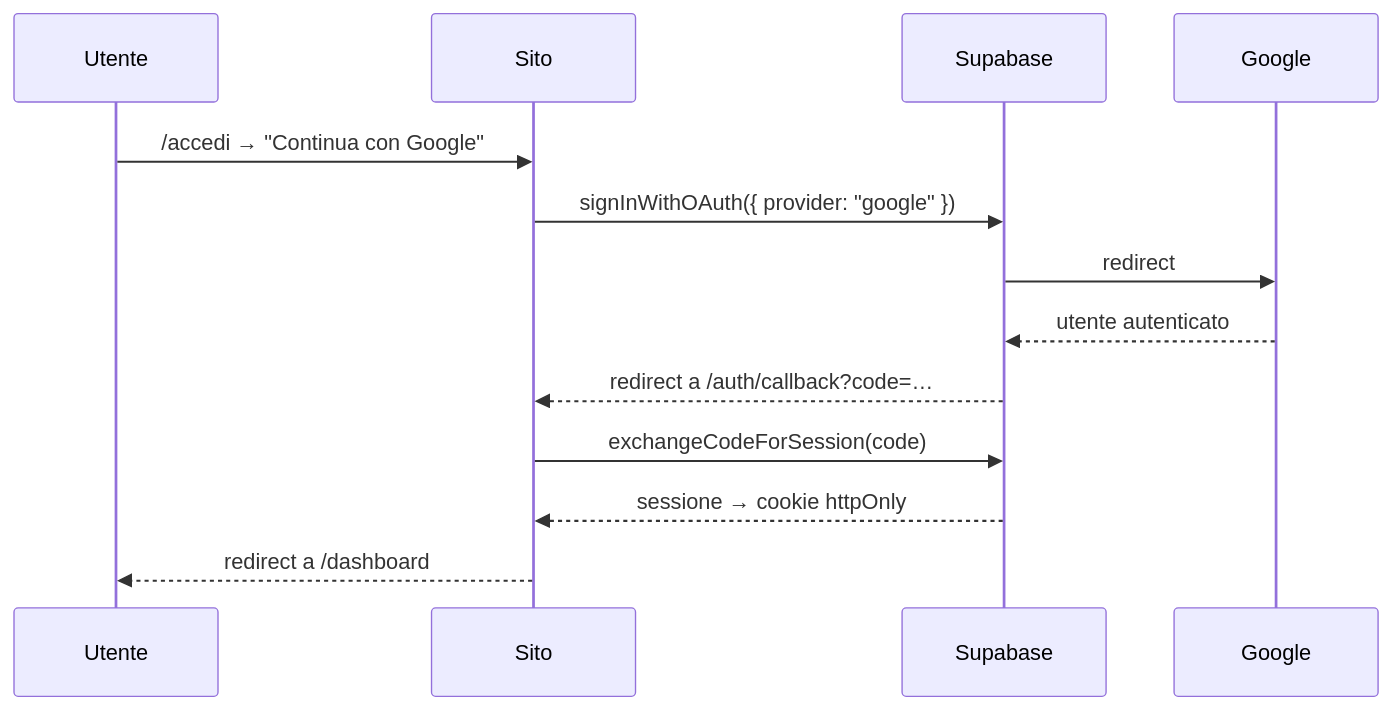
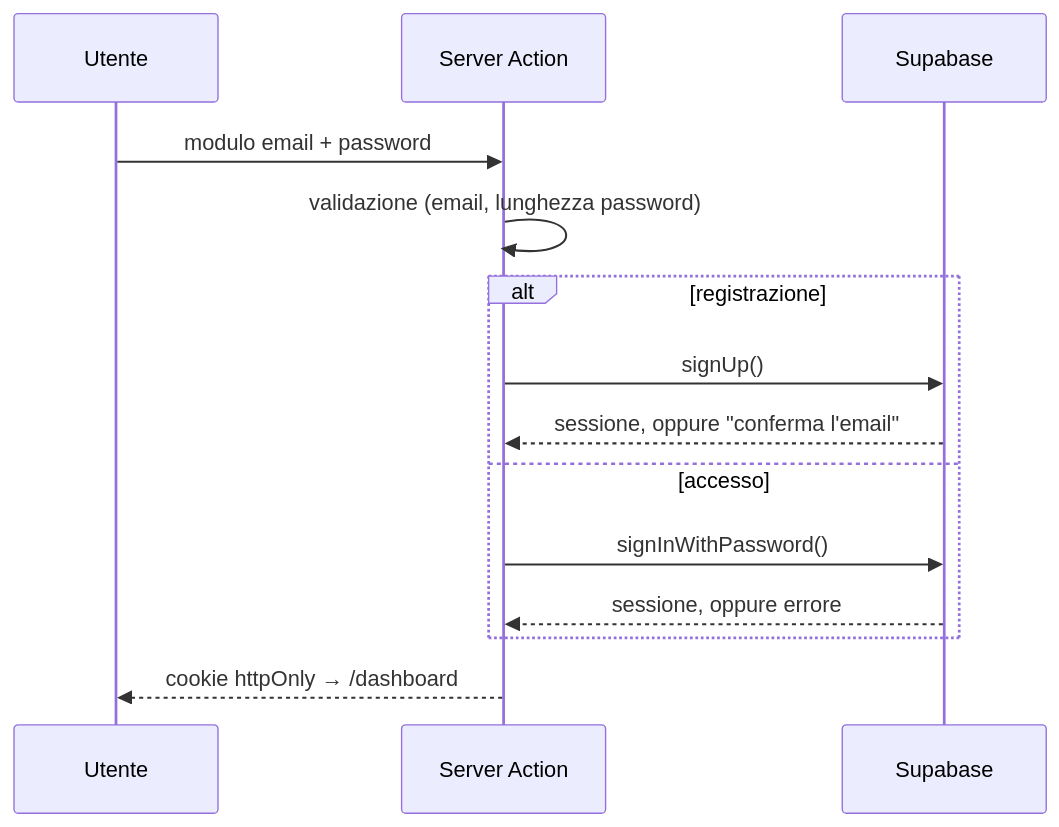
Before and after one commit to davide963-ux/cr: the fourth of 4 diagrams in README.md, drawn with Mermaid. The commit also changed other lines of this file and 8 other files, not shown here.

First line of the commit message:
Replace Google sign-in with email and password (#4)

````diff
--- a/README.md
+++ b/README.md
@@ -132,16 +133,17 @@
 ```mermaid
 sequenceDiagram
     participant U as Utente
-    participant S as Sito
+    participant S as Server Action
     participant SB as Supabase
-    participant G as Google
 
-    U->>S: /accedi → "Continua con Google"
-    S->>SB: signInWithOAuth({ provider: "google" })
-    SB->>G: redirect
-    G-->>SB: utente autenticato
-    SB-->>S: redirect a /auth/callback?code=…
-    S->>SB: exchangeCodeForSession(code)
-    SB-->>S: sessione → cookie httpOnly
-    S-->>U: redirect a /dashboard
+    U->>S: modulo email + password
+    S->>S: validazione (email, lunghezza password)
+    alt registrazione
+        S->>SB: signUp()
+        SB-->>S: sessione, oppure "conferma l'email"
+    else accesso
+        S->>SB: signInWithPassword()
+        SB-->>S: sessione, oppure errore
+    end
+    S-->>U: cookie httpOnly → /dashboard
 ```
````
